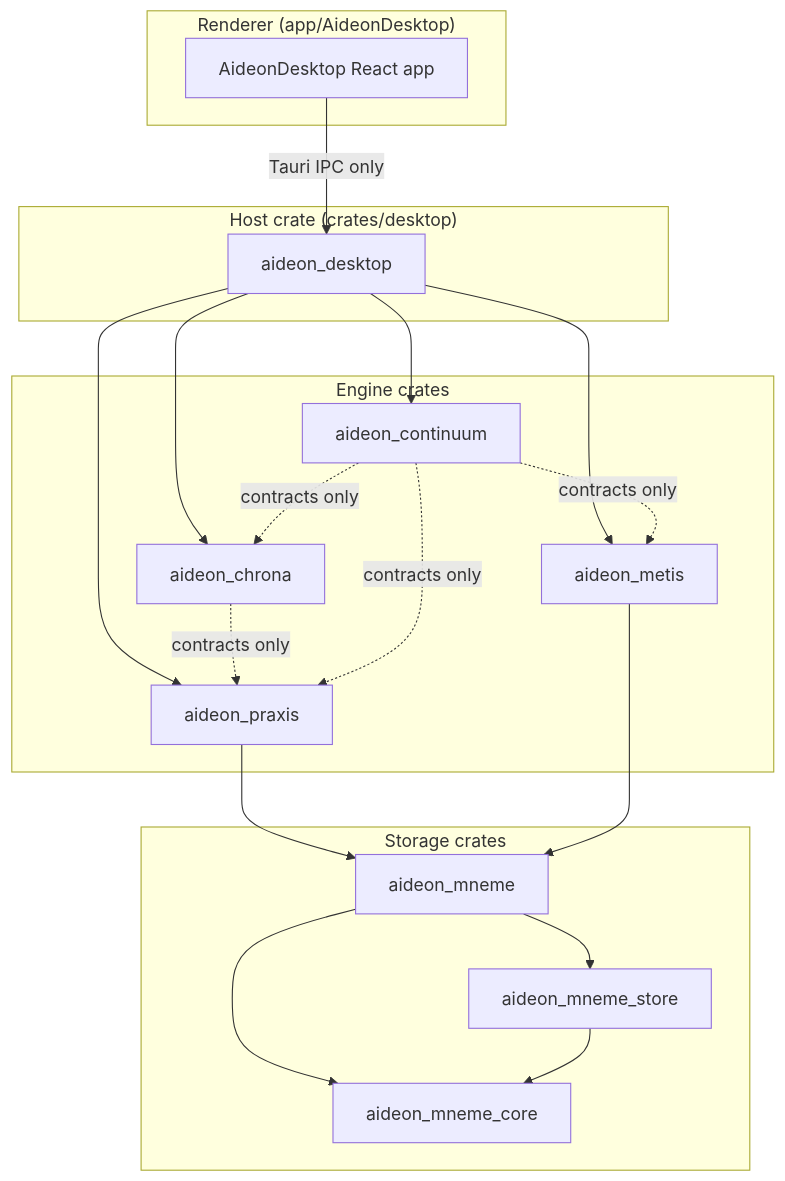
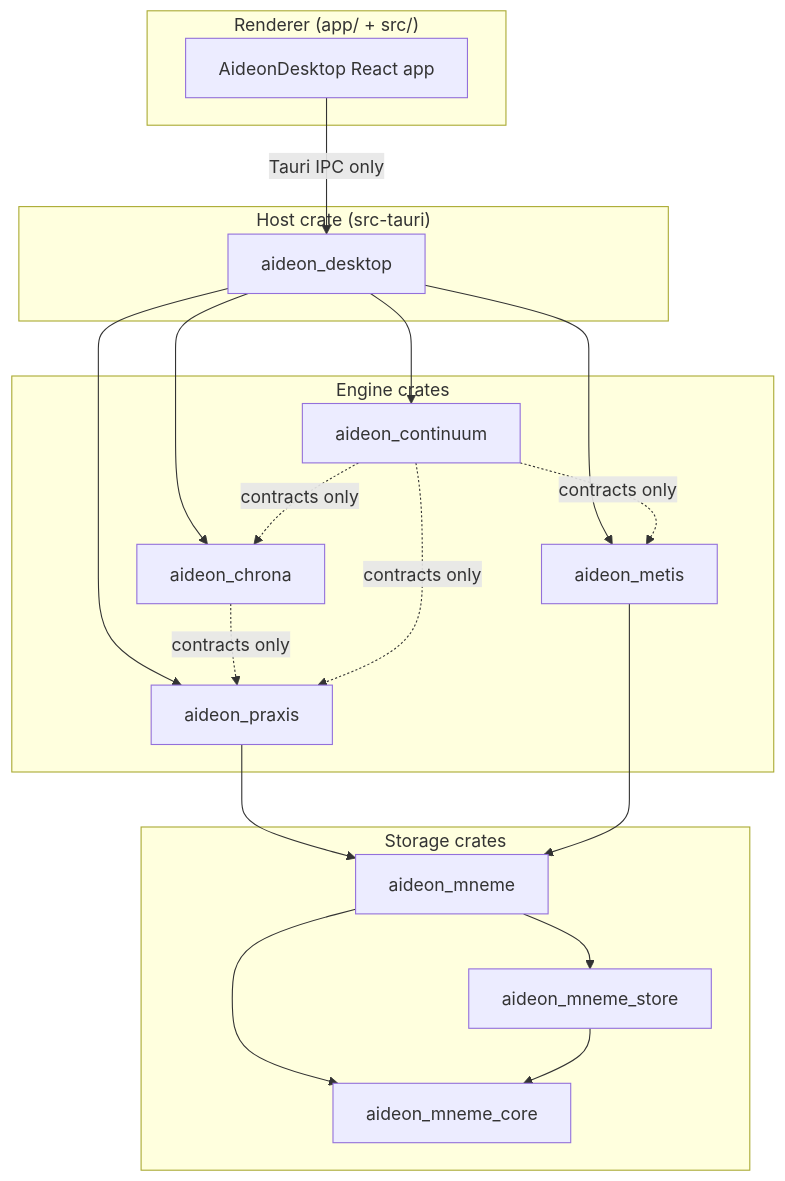
One commit to fenrick/aideon-praxis changed the diagram in docs/01-architecture/MODULE-DEPENDENCY-MAP.md. Above: the diagram before and after it, drawn with Mermaid. The commit also changed other lines of this file and 567 other files, not shown here.

First line of the commit message:
refactor!: canonical single-app Tauri layout + ported design system

````diff
--- a/docs/01-architecture/MODULE-DEPENDENCY-MAP.md
+++ b/docs/01-architecture/MODULE-DEPENDENCY-MAP.md
@@ -31,41 +31,41 @@
 ```mermaid
 graph TD
-    subgraph renderer["Renderer (app/AideonDesktop)"]
+    subgraph renderer["Renderer (app/ + src/)"]
         APP[AideonDesktop React app]
     end
 
-    subgraph host["Host crate (crates/desktop)"]
+    subgraph host["Host crate (src-tauri)"]
         DESKTOP[aideon_desktop]
     end
 
     subgraph engines["Engine crates"]
         PRAXIS[aideon_praxis]
         CHRONA[aideon_chrona]
         METIS[aideon_metis]
         CONTINUUM[aideon_continuum]
     end
 
     subgraph storage["Storage crates"]
         MNEME[aideon_mneme]
         MNEME_CORE[aideon_mneme_core]
         MNEME_STORE[aideon_mneme_store]
     end
 
     APP -- "Tauri IPC only" --> DESKTOP
 
     DESKTOP --> PRAXIS
     DESKTOP --> CHRONA
     DESKTOP --> METIS
     DESKTOP --> CONTINUUM
 
     PRAXIS --> MNEME
     METIS --> MNEME
     CHRONA -.->|contracts only| PRAXIS
     CONTINUUM -.->|contracts only| PRAXIS
     CONTINUUM -.->|contracts only| METIS
     CONTINUUM -.->|contracts only| CHRONA
 
     MNEME --> MNEME_CORE
     MNEME --> MNEME_STORE
     MNEME_STORE --> MNEME_CORE
 ```
````
